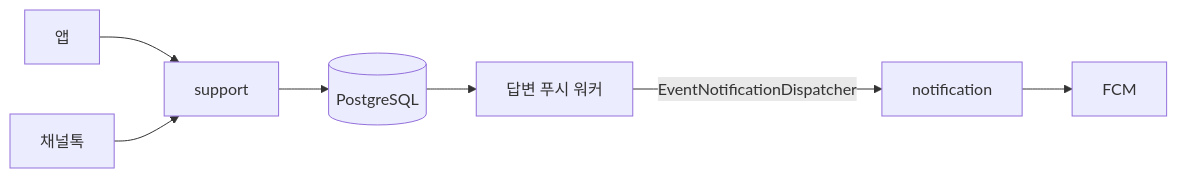
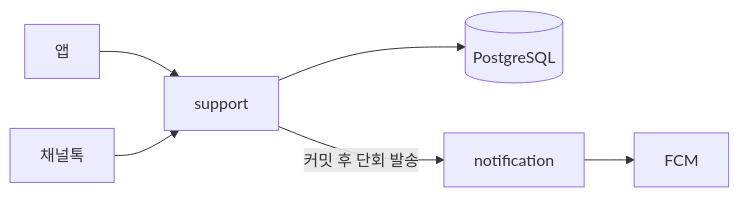
One commit to DaeSaBu/meongcoach-BE changed the first of 2 diagrams in docs/support.md. Above: the diagram before and after it, drawn with Mermaid. The commit also changed other lines of this file and 2 other files, not shown here.

Commit message:
docs(support): 답변 푸시 단회 발송 정책 안내

````diff
--- a/docs/support.md
+++ b/docs/support.md
@@ -6,9 +6,8 @@
 ```mermaid
 flowchart LR
     App[앱] --> Support[support]
     Channel[채널톡] --> Support
     Support --> DB[(PostgreSQL)]
-    DB --> Worker[답변 푸시 워커]
-    Worker -->|EventNotificationDispatcher| Notification[notification]
+    Support -->|커밋 후 단회 발송| Notification[notification]
     Notification --> FCM
 ```
````
